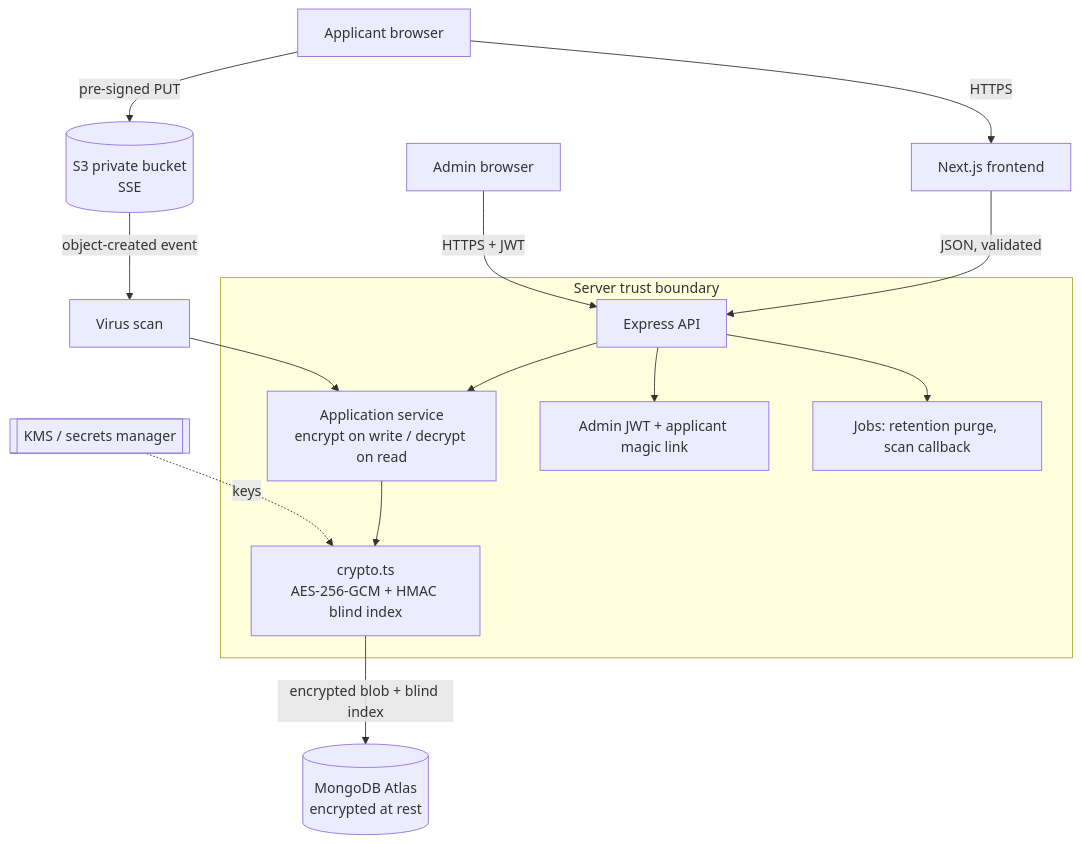
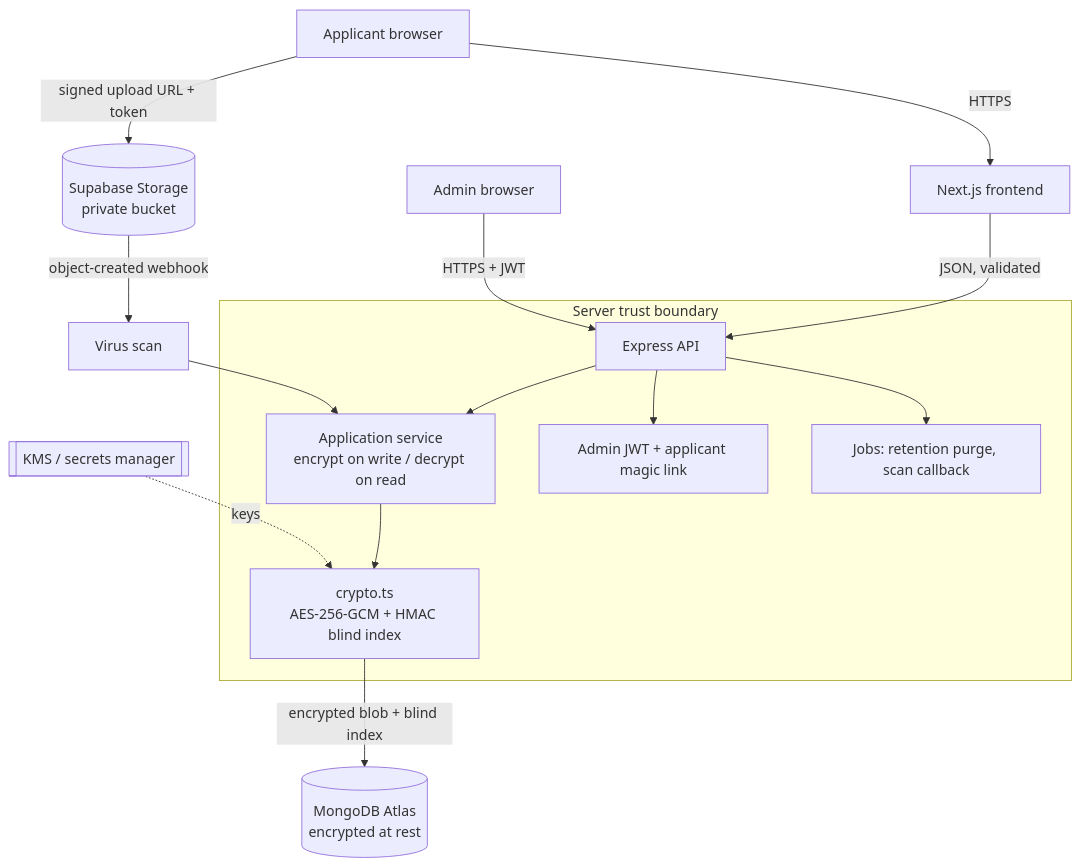
The diagram in ARCHITECTURE.md (Ecxlipze/FInacne-Form), drawn with Mermaid before and after one commit. The commit also changed other lines of this file and 18 other files, not shown here.

First line of the commit message:
Migrate file storage from S3 to Supabase

````diff
--- a/ARCHITECTURE.md
+++ b/ARCHITECTURE.md
@@ -99,19 +99,19 @@
 ```mermaid
 flowchart TD
   A[Applicant browser] -->|HTTPS| N[Next.js frontend]
   N -->|JSON, validated| API[Express API]
 
   subgraph trust[Server trust boundary]
     API --> SVC[Application service<br/>encrypt on write / decrypt on read]
     SVC --> CR[crypto.ts<br/>AES-256-GCM + HMAC blind index]
     API --> AUTH[Admin JWT + applicant magic link]
     API --> JOBS[Jobs: retention purge, scan callback]
   end
 
   CR -->|encrypted blob + blind index| DB[(MongoDB Atlas<br/>encrypted at rest)]
-  A -->|pre-signed PUT| S3[(S3 private bucket<br/>SSE)]
-  S3 -->|object-created event| SCAN[Virus scan] --> SVC
+  A -->|signed upload URL + token| STORE[(Supabase Storage<br/>private bucket)]
+  STORE -->|object-created webhook| SCAN[Virus scan] --> SVC
 
   ADM[Admin browser] -->|HTTPS + JWT| API
   KEYS[[KMS / secrets manager]] -.keys.-> CR
 ```
````
